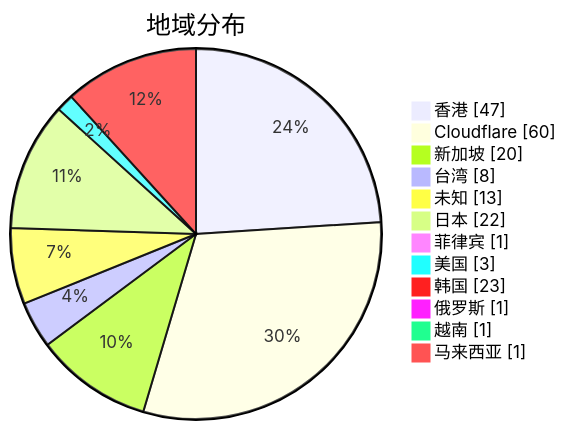
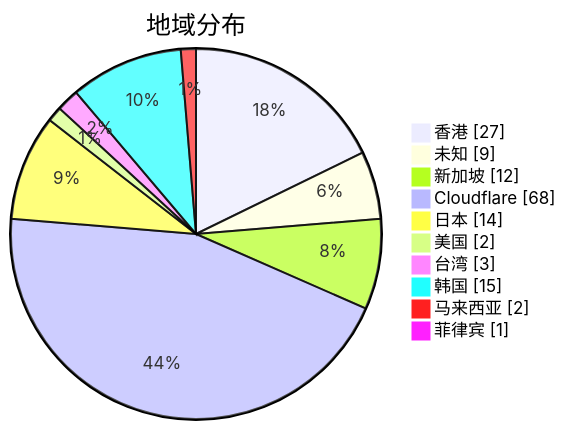
Before and after one commit to qjlxg/airport: the second of 3 diagrams in subs/statistics/tested_within.md, drawn with Mermaid. The commit also changed other lines of this file and 2 other files, not shown here.

Commit message:
Tested by metaST

````diff
--- a/subs/statistics/tested_within.md
+++ b/subs/statistics/tested_within.md
@@ -12,16 +12,14 @@
 ```mermaid
 pie showData
 title 地域分布
-"香港" : 47
-"Cloudflare" : 60
-"新加坡" : 20
-"台湾" : 8
-"未知" : 13
-"日本" : 22
+"香港" : 27
+"未知" : 9
+"新加坡" : 12
+"Cloudflare" : 68
+"日本" : 14
+"美国" : 2
+"台湾" : 3
+"韩国" : 15
+"马来西亚" : 2
 "菲律宾" : 1
-"美国" : 3
-"韩国" : 23
-"俄罗斯" : 1
-"越南" : 1
-"马来西亚" : 1
 ```
````
